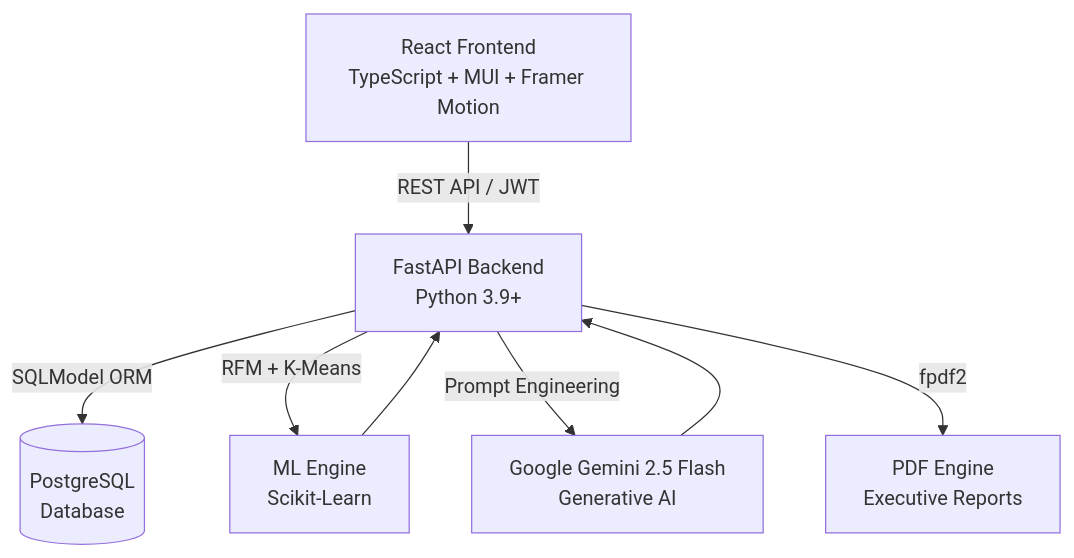
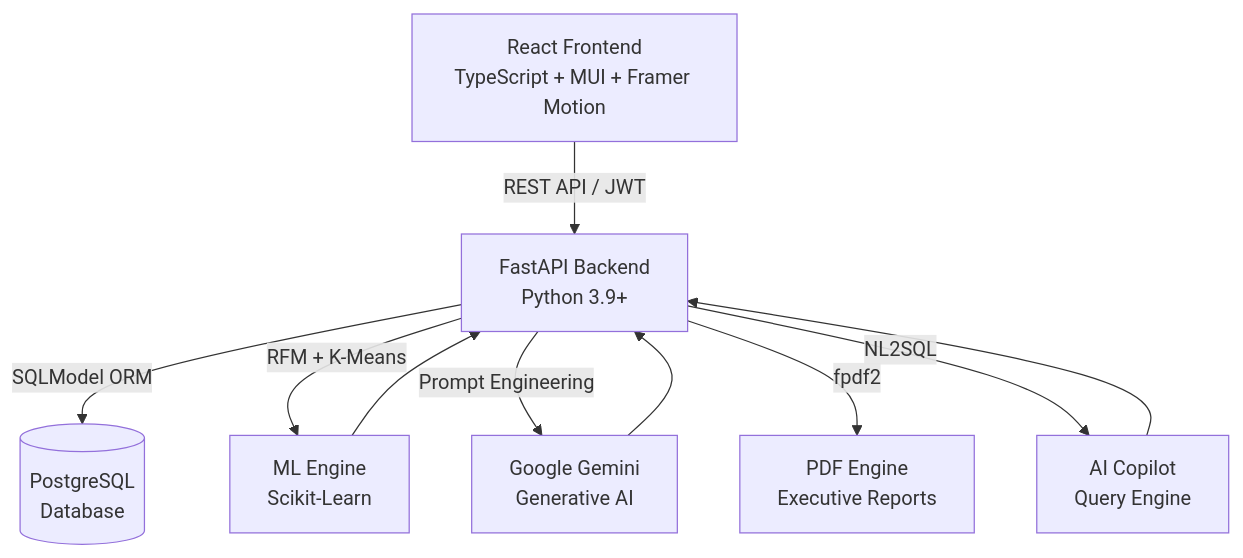
One commit to Sahaj2310/Revenue-Operations-Analytics-Platform changed the diagram in README.md. Above: the diagram before and after it, drawn with Mermaid. The commit also changed other lines of this file and 21 other files, not shown here.

````diff
--- a/README.md
+++ b/README.md
@@ -61,10 +64,12 @@
 ```mermaid
 graph TD
     A[React Frontend<br/>TypeScript + MUI + Framer Motion] -->|REST API / JWT| B[FastAPI Backend<br/>Python 3.9+]
     B -->|SQLModel ORM| C[(PostgreSQL<br/>Database)]
     B -->|RFM + K-Means| D[ML Engine<br/>Scikit-Learn]
-    B -->|Prompt Engineering| E[Google Gemini 2.5 Flash<br/>Generative AI]
+    B -->|Prompt Engineering| E[Google Gemini<br/>Generative AI]
     B -->|fpdf2| F[PDF Engine<br/>Executive Reports]
+    B -->|NL2SQL| G[AI Copilot<br/>Query Engine]
     E --> B
     D --> B
+    G --> B
 ```
````
